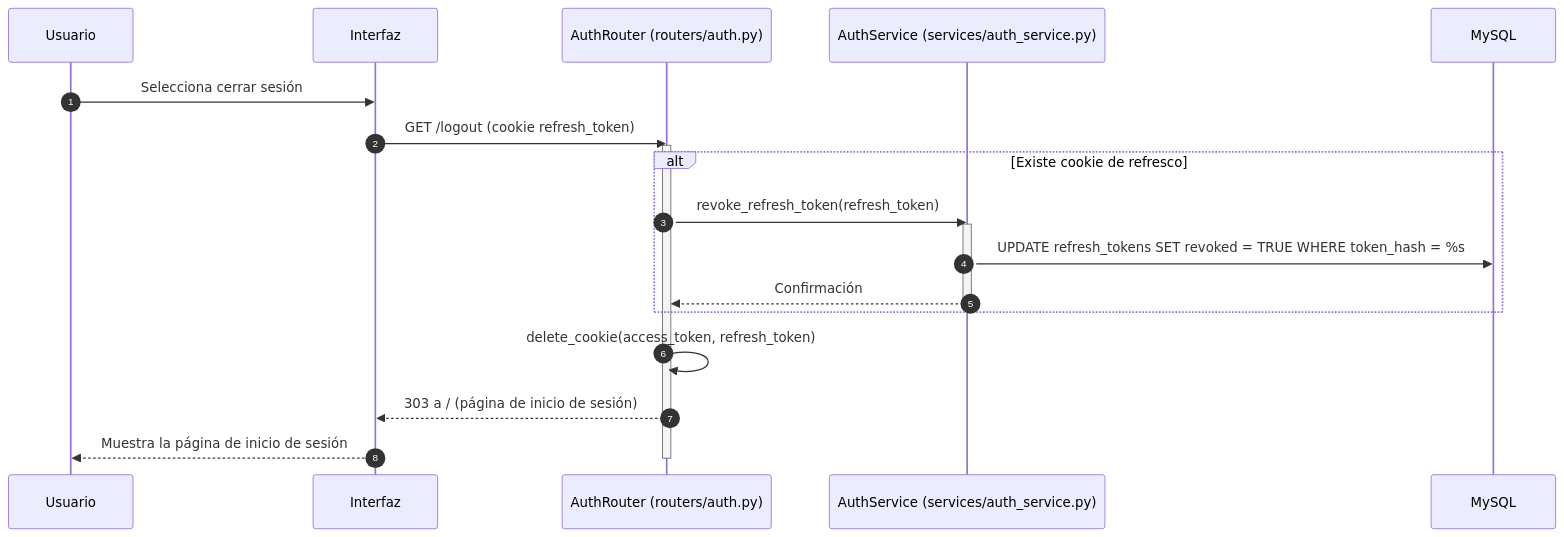
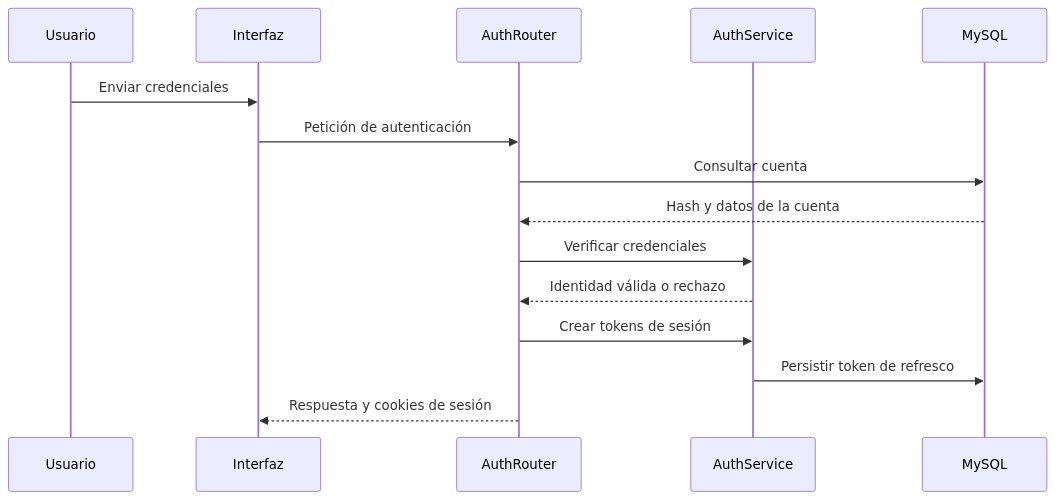
The first of 6 diagrams in Documentacion/Capitulo20_Diseno_de_Casos_de_Uso.md (eLeCe2611/vitalXAI), drawn with Mermaid before and after one commit. The commit also changed other lines of this file and 42 other files, not shown here.

````diff
--- a/Documentacion/Capitulo20_Diseno_de_Casos_de_Uso.md
+++ b/Documentacion/Capitulo20_Diseno_de_Casos_de_Uso.md
@@ -243,24 +20,17 @@
 ```mermaid
 sequenceDiagram
-    autonumber
     participant U as Usuario
     participant I as Interfaz
-    participant R as AuthRouter (routers/auth.py)
-    participant S as AuthService (services/auth_service.py)
-    participant BD as MySQL
-
-    U->>I: Selecciona cerrar sesión
-    I->>R: GET /logout (cookie refresh_token)
-    activate R
-    alt Existe cookie de refresco
-        R->>S: revoke_refresh_token(refresh_token)
-        activate S
-        S->>BD: UPDATE refresh_tokens SET revoked = TRUE WHERE token_hash = %s
-        S-->>R: Confirmación
-        deactivate S
-    end
-    R->>R: delete_cookie(access_token, refresh_token)
-    R-->>I: 303 a / (página de inicio de sesión)
-    I-->>U: Muestra la página de inicio de sesión
-    deactivate R
+    participant R as AuthRouter
+    participant S as AuthService
+    participant DB as MySQL
+    U->>I: Enviar credenciales
+    I->>R: Petición de autenticación
+    R->>DB: Consultar cuenta
+    DB-->>R: Hash y datos de la cuenta
+    R->>S: Verificar credenciales
+    S-->>R: Identidad válida o rechazo
+    R->>S: Crear tokens de sesión
+    S->>DB: Persistir token de refresco
+    R-->>I: Respuesta y cookies de sesión
 ```
````
